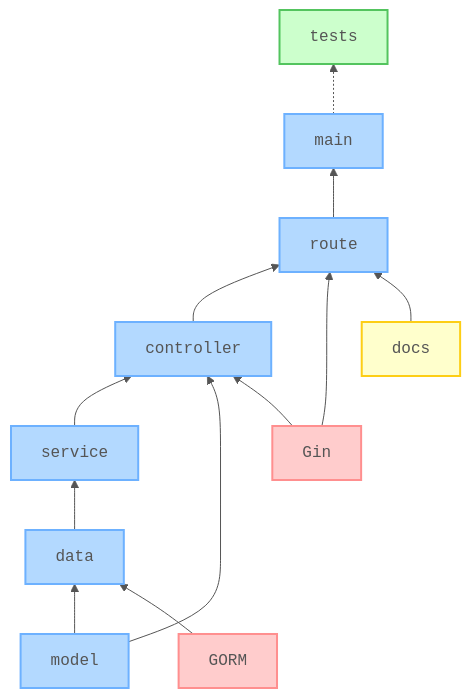
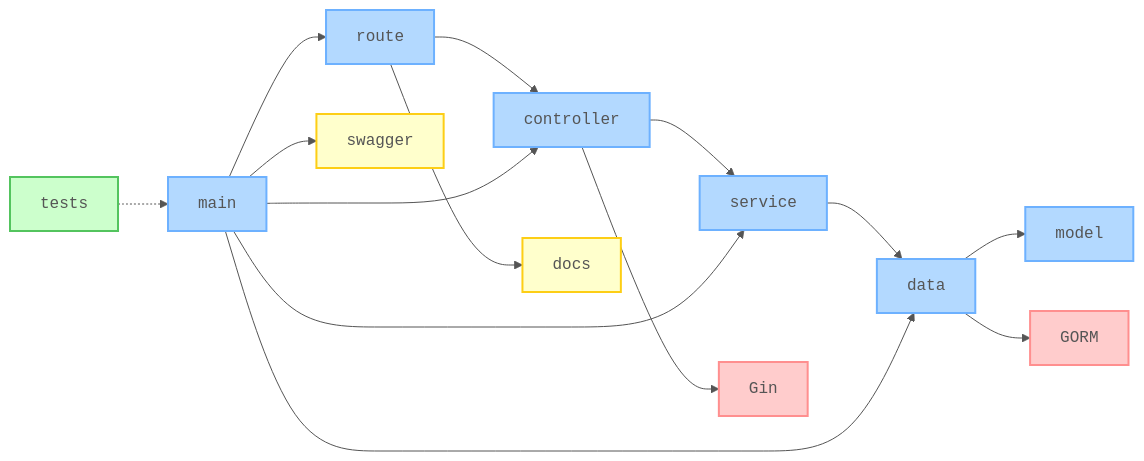
Before and after one commit to nanotaboada/go-samples-gin-restful: the first of 2 diagrams in README.md, drawn with Mermaid. The commit also changed other lines of this file and 1 other file, not shown here.

Commit message:
docs: update architecture diagrams for dependency injection
- Update main architecture diagram to show DI relationships
- Add request flow diagram in API Reference section
- Update copilot instructions with DI information

````diff
--- a/README.md
+++ b/README.md
@@ -86,57 +86,65 @@
 ```mermaid
 %%{init: {
   "theme": "default",
   "themeVariables": {
     "fontFamily": "Fira Code, Consolas, monospace",
     "textColor": "#555",
     "lineColor": "#555",
     "lineWidth": 2
   }
 }}%%
 
-graph BT
-    %% Packages
+graph LR
+    %% Core application packages
+    main[main]
+    route[route]
+    controller[controller]
+    service[service]
+    data[data]
     model[model]
-    data[data]
-    service[service]
-    controller[controller]
-    route[route]
-    main[main]
 
-    %% External Dependencies
+    %% Supporting features
+    docs[docs]
+    swagger[swagger]
+
+    %% External dependencies
     gin[Gin]
     gorm[GORM]
 
-    %% Tests and Documentation
+    %% Test coverage
     tests[tests]
-    docs[docs]
 
-    %% Main Application Flow
-    data --> service
-    service --> controller
-    controller --> route
-    route --> main
+    %% Core application flow
+    main --> route
+    route --> controller
+    controller --> service
+    service --> data
+    data --> model
 
-    model --> data
-    model --> controller
+    %% Dependency injection relationships
+    main --> data
+    main --> service
+    main --> controller
 
-    %% External Dependencies connections
-    gorm --> data
-    gin --> controller
-    gin --> route
+    %% Supporting features connections
+    route --> docs
+    main --> swagger
 
-    %% Tests and Documentation connections
-    main -.-> tests
-    docs --> route
+    %% External dependencies
+    controller --> gin
+    data --> gorm
 
-    %% Node styling (fallbacks)
+    %% Test coverage
+    tests -.-> main
+
+    %% Node styling
     classDef core fill:#b3d9ff,stroke:#6db1ff,stroke-width:2px,color:#555,font-family:monospace;
+    classDef support fill:#ffffcc,stroke:#fdce15,stroke-width:2px,color:#555,font-family:monospace;
     classDef deps fill:#ffcccc,stroke:#ff8f8f,stroke-width:2px,color:#555,font-family:monospace;
     classDef test fill:#ccffcc,stroke:#53c45e,stroke-width:2px,color:#555,font-family:monospace;
-    classDef swag fill:#ffffcc,stroke:#fdce15,stroke-width:2px,color:#555,font-family:monospace;
 
     class main,route,controller,service,data,model core
+    class docs,swagger support
     class gin,gorm deps
     class tests test
-    class docs swag
 ```
````
